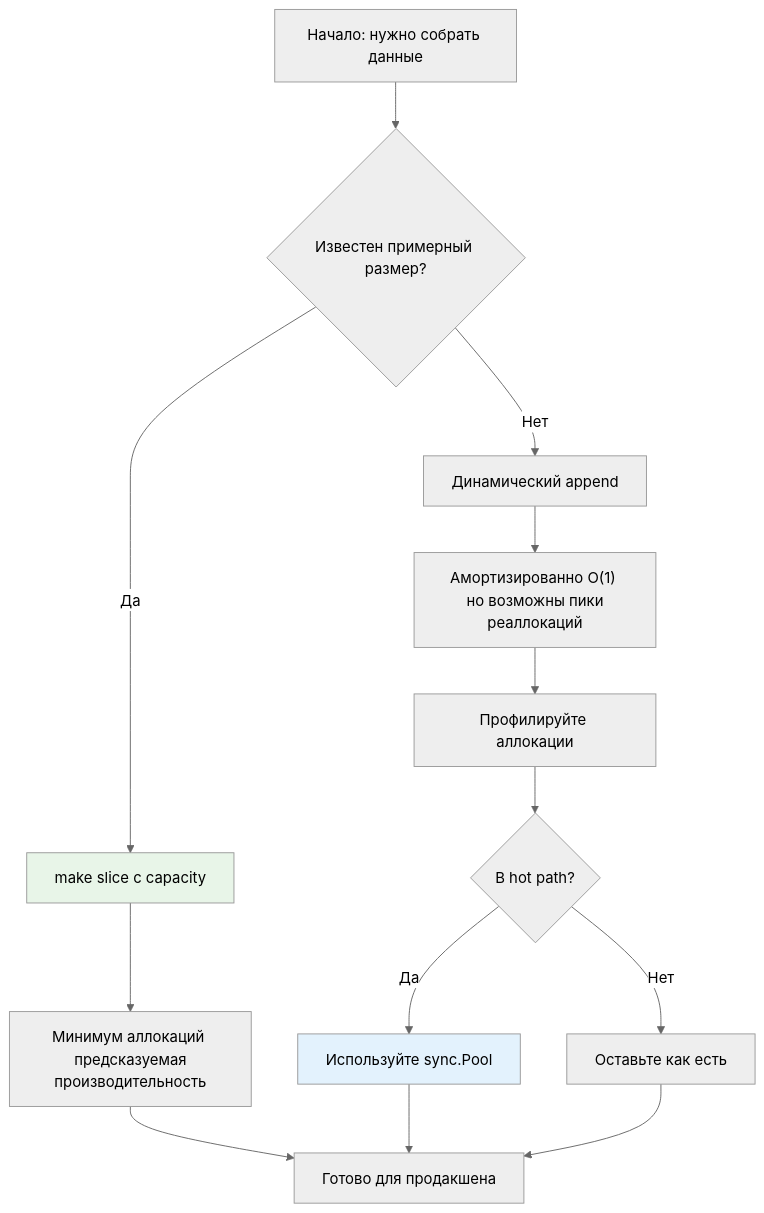
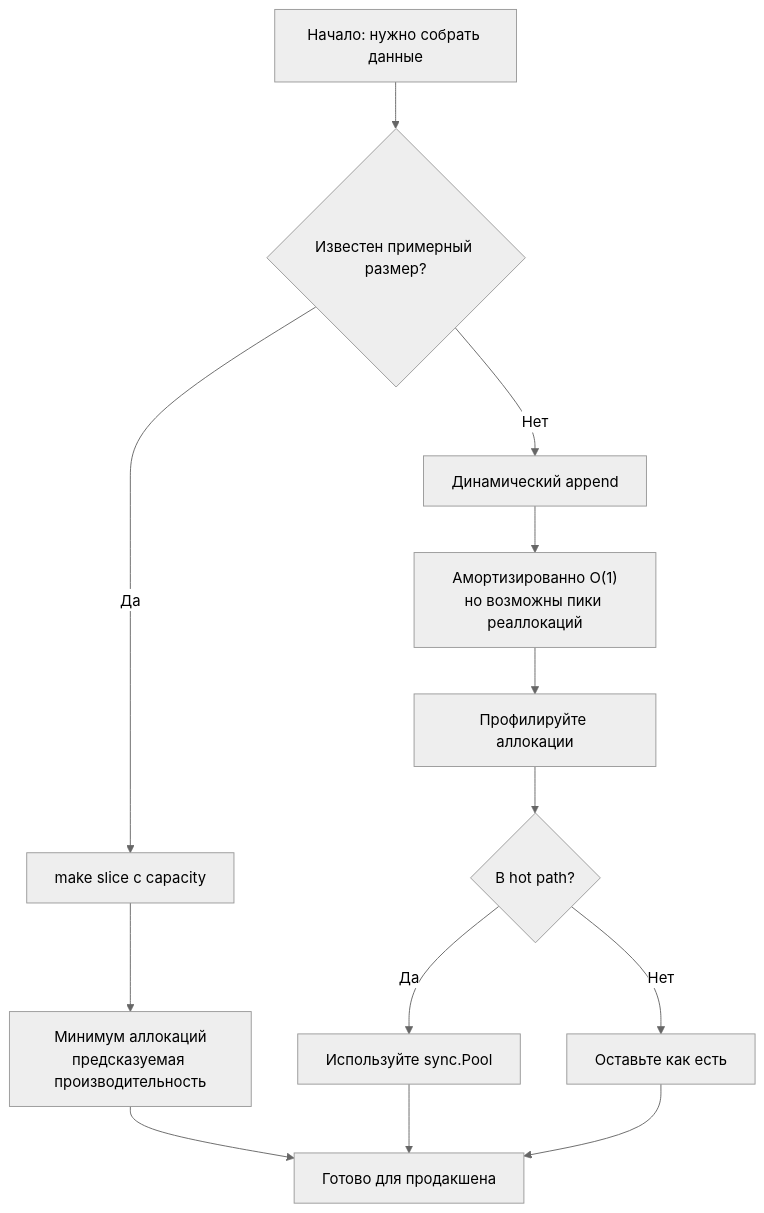
One commit to UnrealTemplier/go-textbook changed the third of 3 diagrams in sources/20. Алгоритмы и структуры данных (DSA) на Go/01. Введение/3. Амортизированный анализ.md. Above: the diagram before and after it, drawn with Mermaid (neutral theme). The commit also changed other lines of this file, not shown here.

Commit message:
feat(module-20): editorial rewrite of 01.3 Amortized analysis in Kernighan style

````diff
--- a/sources/20. Алгоритмы и структуры данных (DSA) на Go/01. Введение/3. Амортизированный анализ.md
+++ b/sources/20. Алгоритмы и структуры данных (DSA) на Go/01. Введение/3. Амортизированный анализ.md
@@ -340,23 +399,20 @@
 ```mermaid
 flowchart TD
-    Start["Начало: нужно собрать данные"] --> Known{Известен примерный размер?}
+    Start["Начало: нужно собрать данные"] --> Known{"Известен примерный размер?"}
     
     Known -->|Да| Prealloc["make slice с capacity"]
     Known -->|Нет| Dynamic["Динамический append"]
     
-    Prealloc --> LowAlloc["Минимум аллокаций <br> предсказуемая производительность"]
-    Dynamic --> Amortized["Амортизированно O(1) <br> но возможны пики реаллокаций"]
+    Prealloc --> LowAlloc["Минимум аллокаций<br/>предсказуемая производительность"]
+    Dynamic --> Amortized["Амортизированно O(1)<br/>но возможны пики реаллокаций"]
     
     LowAlloc --> Prod["Готово для продакшена"]
     Amortized --> Profile["Профилируйте аллокации"]
     
-    Profile --> HotPath{В hot path?}
+    Profile --> HotPath{"В hot path?"}
     HotPath -->|Да| Pool["Используйте sync.Pool"]
     HotPath -->|Нет| Keep["Оставьте как есть"]
     
     Pool --> Prod
     Keep --> Prod
-
-    style Prealloc fill:#e8f5e8
-    style Pool fill:#e3f2fd
 ```
````
